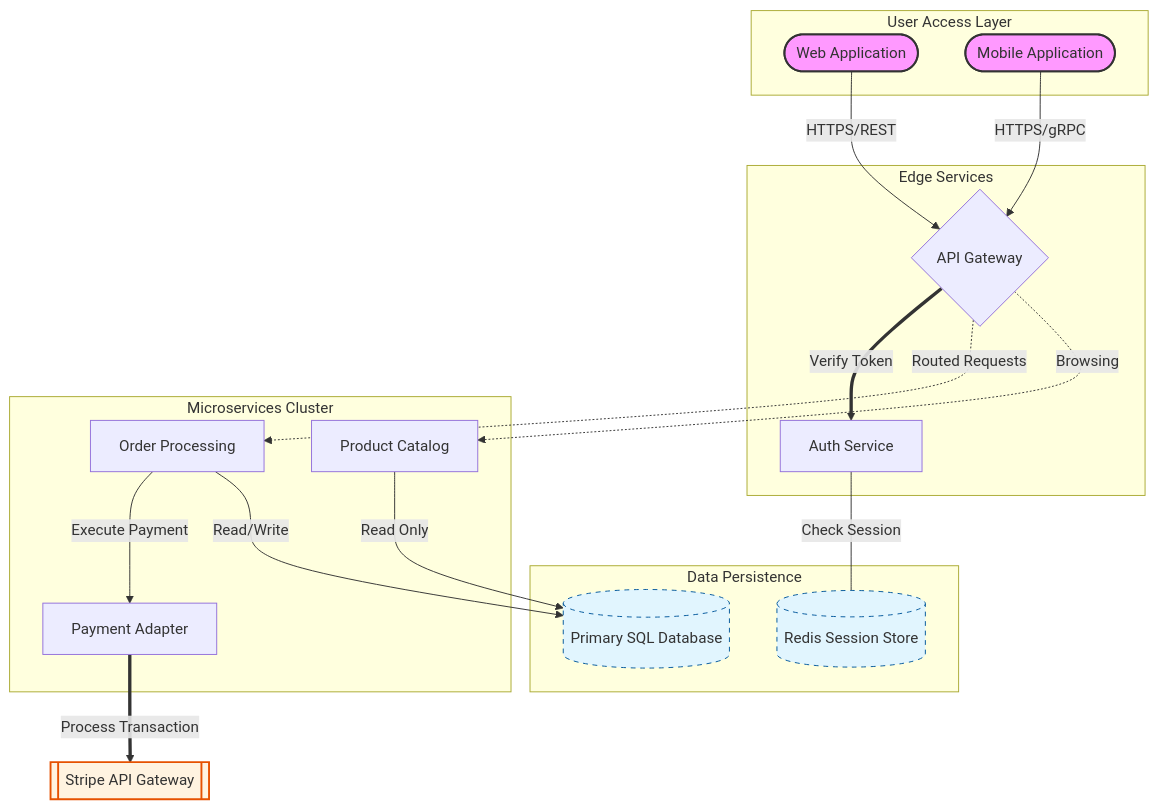
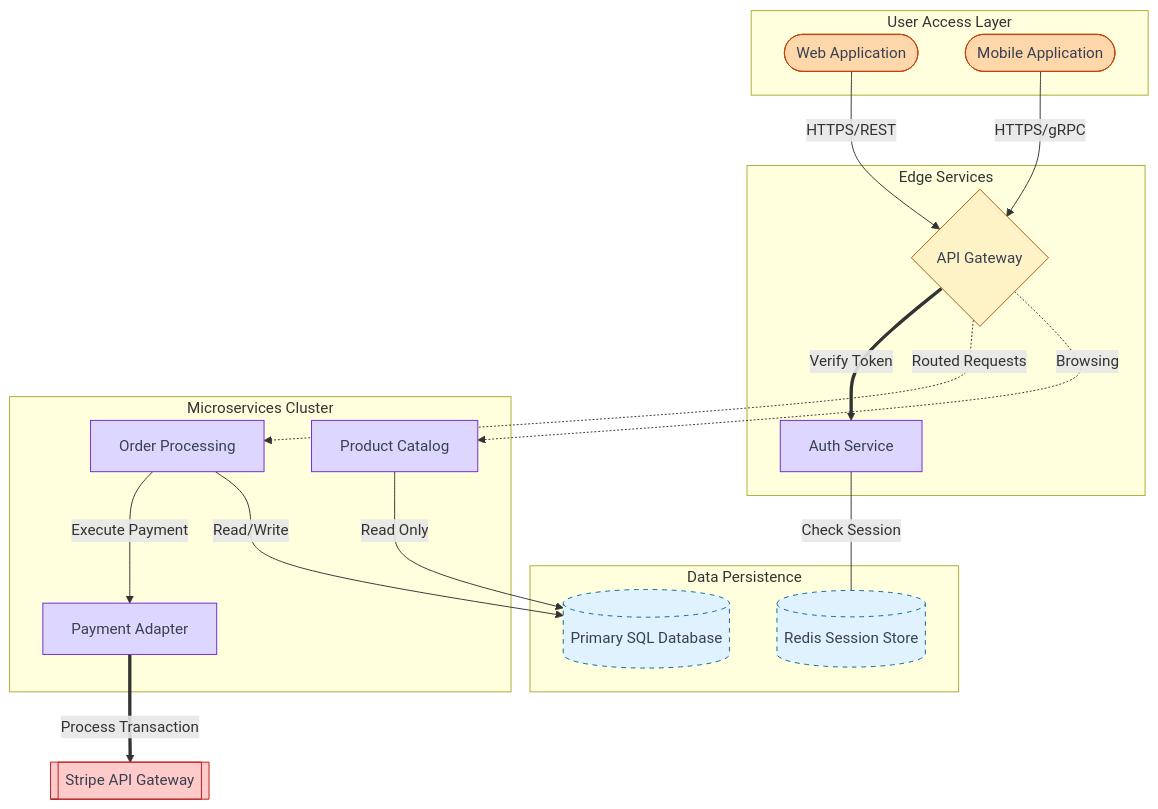
One commit to mgranberry/mermaid-diagram-skill changed the diagram in references/examples/architecture.mmd. Above: the diagram before and after it, drawn with Mermaid. The commit also changed 5 other files, not shown here.

First line of the commit message:
Consolidate theming to classDef-only approach for dark/light mode compatibility (#2)

```diff
--- a/references/examples/architecture.mmd
+++ b/references/examples/architecture.mmd
@@ -1,62 +1,69 @@
 %% Architecture: Cloud Native E-Commerce Platform
 %% Purpose: Demonstrates high-quality Mermaid flowchart patterns
 %% Features: Subgraphs, semantic class styling, varied node shapes, and mixed edge types
 
 flowchart TD
-    %% Global Styles
-    classDef entry fill:#f9f,stroke:#333,stroke-width:2px;
-    classDef storage fill:#e1f5fe,stroke:#01579b,stroke-dasharray: 5 5;
-    classDef external fill:#fff3e0,stroke:#e65100,stroke-width:2px;
+    %% Global Styles — every classDef sets fill, stroke, AND color for dark/light mode compatibility
+    classDef entry fill:#fed7aa,stroke:#c2410c,color:#374151
+    classDef gateway fill:#fef3c7,stroke:#b45309,color:#374151
+    classDef service fill:#ddd6fe,stroke:#6d28d9,color:#374151
+    classDef storage fill:#e0f2fe,stroke:#0369a1,color:#374151,stroke-dasharray: 5 5
+    classDef external fill:#fecaca,stroke:#b91c1c,color:#374151
 
     %% Client Layer
     subgraph clientLayer ["User Access Layer"]
         webApp(["Web Application"])
         mobileApp(["Mobile Application"])
     end
 
     %% Edge / Gateway Layer
     subgraph gatewayLayer ["Edge Services"]
         apiGateway{"API Gateway"}
         authService["Auth Service"]
     end
 
     %% Application Core
     subgraph serviceLayer ["Microservices Cluster"]
         orderService["Order Processing"]
         productService["Product Catalog"]
         paymentService["Payment Adapter"]
     end
 
     %% Persistence Layer
     subgraph dataLayer ["Data Persistence"]
         mainDB[("Primary SQL Database")]
         sessionCache[("Redis Session Store")]
     end
 
     %% External Systems
     stripeAPI[["Stripe API Gateway"]]:::external
 
     %% Flow Definitions
     %% Entry points
     webApp -->|"HTTPS/REST"| apiGateway
     mobileApp -->|"HTTPS/gRPC"| apiGateway
 
     %% Gateway to Auth and Services
     apiGateway == "Verify Token" ==> authService
     apiGateway -.->|"Routed Requests"| orderService
     apiGateway -.->|"Browsing"| productService
 
     %% Service interactions
     orderService -->|"Execute Payment"| paymentService
     paymentService ==>|"Process Transaction"| stripeAPI
     
     %% Data Access
     orderService -->|"Read/Write"| mainDB
     productService -->|"Read Only"| mainDB
     authService ---|"Check Session"| sessionCache
 
     %% Apply semantic classes
     webApp:::entry
     mobileApp:::entry
+    apiGateway:::gateway
+    authService:::service
+    orderService:::service
+    productService:::service
+    paymentService:::service
     mainDB:::storage
     sessionCache:::storage
```
